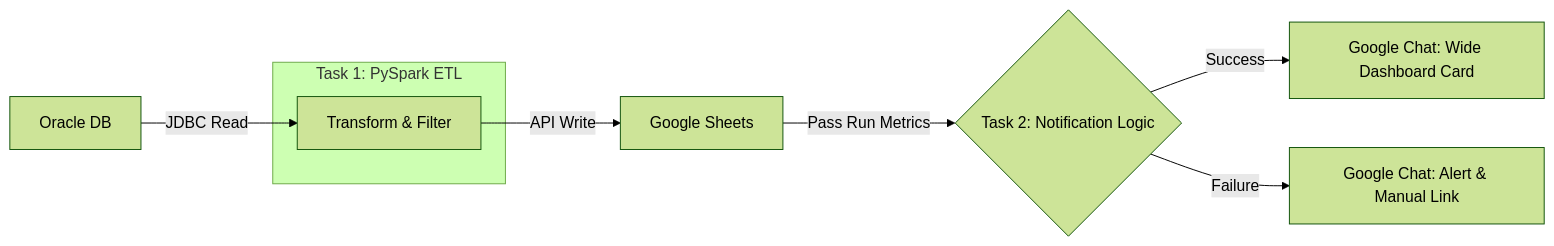
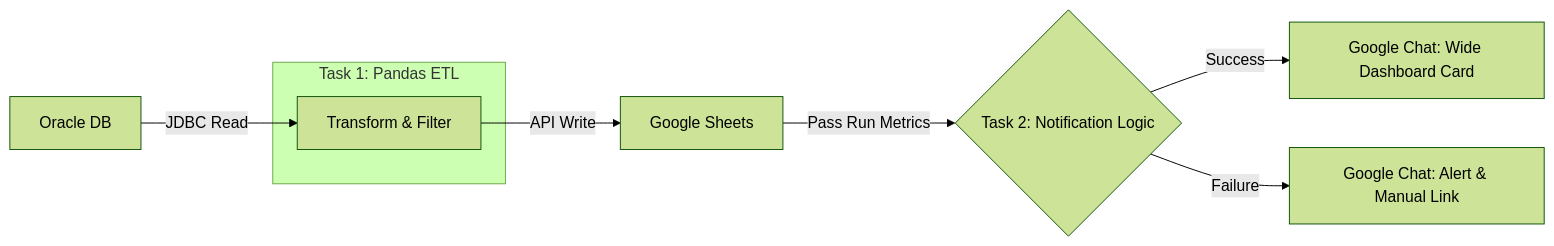
The diagram in work-related/oracle-sheets-looker-etl/README.md (Hari-prasanna/Data-Analytics-engineering-portfolio), drawn with Mermaid (forest theme) before and after one commit. The commit also changed other lines of this file, not shown here.

First line of the commit message:
Revise README for ETL pipeline updates

````diff
--- a/work-related/oracle-sheets-looker-etl/README.md
+++ b/work-related/oracle-sheets-looker-etl/README.md
@@ -26,13 +26,13 @@
 ```mermaid
 graph LR
     A[Oracle DB] -->|JDBC Read| B
     
-    subgraph Task 1: PySpark ETL
+    subgraph Task 1: Pandas ETL
     B[Transform & Filter]
     end
     
     B -->|API Write| C[Google Sheets]
     C -->|Pass Run Metrics| D{Task 2: Notification Logic}
     D -->|Success| E[Google Chat: Wide Dashboard Card]
     D -->|Failure| F[Google Chat: Alert & Manual Link]
 ```
````
